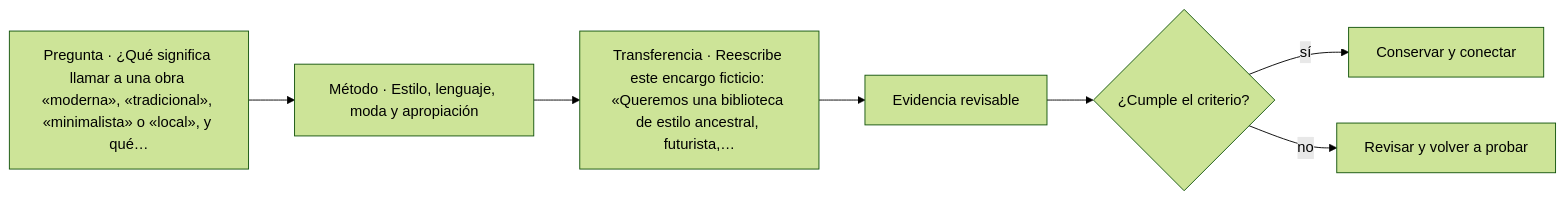
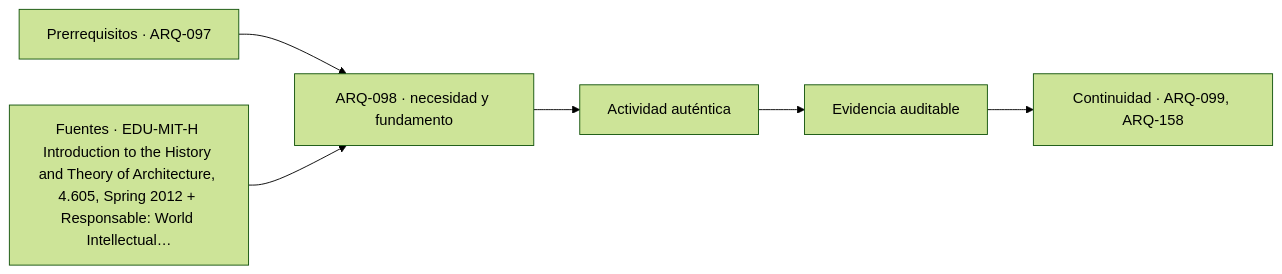
One commit to vladimiracunadev-create/architecture-built-environment-learning-program changed the diagram in classes/parte-10/ARQ-098.md. Above: the diagram before and after it, drawn with Mermaid (forest theme). The commit also changed other lines of this file and 761 other files, not shown here.

````diff
--- a/classes/parte-10/ARQ-098.md
+++ b/classes/parte-10/ARQ-098.md
@@ -104,9 +116,8 @@
 ```mermaid
 flowchart LR
-    Q["Pregunta · ¿Qué significa llamar a una obra «moderna», «tradicional», «minimalista» o «local», y qué…"] --> M["Método · Estilo, lenguaje, moda y apropiación"]
-    M --> P["Transferencia · Reescribe este encargo ficticio: «Queremos una biblioteca de estilo ancestral, futurista,…"]
-    P --> E["Evidencia revisable"]
-    E --> C{"¿Cumple el criterio?"}
-    C -->|sí| T["Conservar y conectar"]
-    C -->|no| R["Revisar y volver a probar"]
+    A["Prerrequisitos · ARQ-097"] --> B["ARQ-098 · necesidad y fundamento"]
+    S["Fuentes · EDU-MIT-H Introduction to the History and Theory of Architecture, 4.605, Spring 2012 + Responsable: World Intellectual…"] --> B
+    B --> C["Actividad auténtica"]
+    C --> D["Evidencia auditable"]
+    D --> E["Continuidad · ARQ-099, ARQ-158"]
 ```
````
